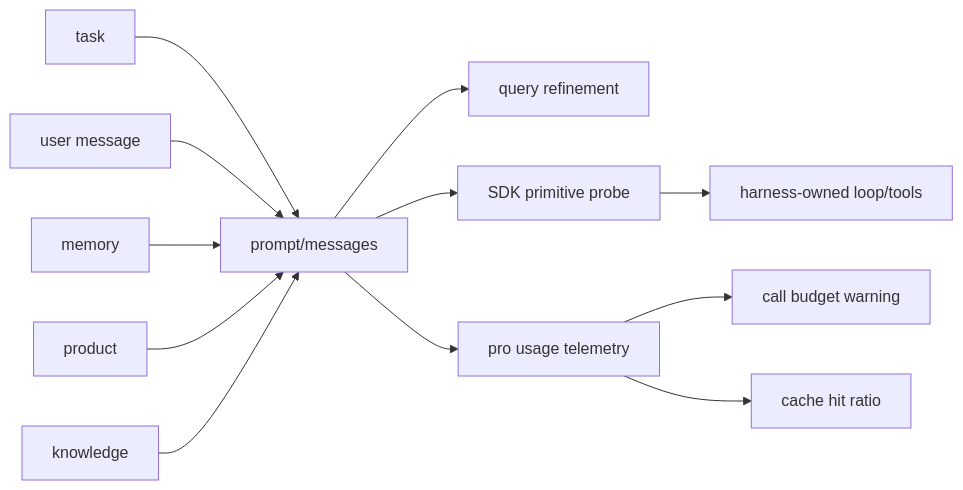
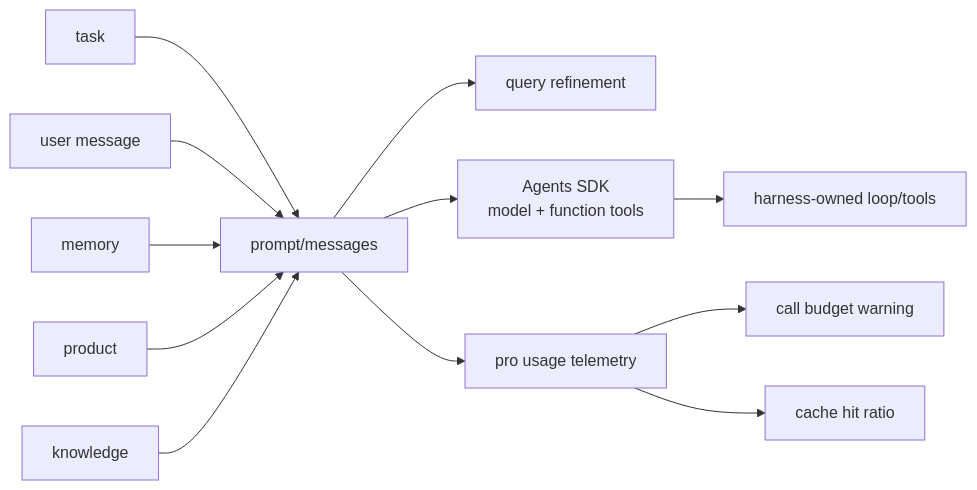
One commit to ImWenyaoT/chatty changed the tenth of 24 diagrams in docs/design.md. Above: the diagram before and after it, drawn with Mermaid. The commit also changed other lines of this file and 14 other files, not shown here.

Commit message:
feat(llm): adopt agents sdk for deepseek harness

````diff
--- a/docs/design.md
+++ b/docs/design.md
@@ -229,14 +229,14 @@
 ```mermaid
 flowchart LR
   Task["task"] --> Prompt["prompt/messages"]
   User["user message"] --> Prompt
   Memory["memory"] --> Prompt
   Product["product"] --> Prompt
   Knowledge["knowledge"] --> Prompt
   Prompt --> Query["query refinement"]
-  Prompt --> SDK["SDK primitive probe"]
+  Prompt --> SDK["Agents SDK<br/>model + function tools"]
   Prompt --> Cost["pro usage telemetry"]
   Cost --> Budget["call budget warning"]
   Cost --> Cache["cache hit ratio"]
   SDK --> Harness["harness-owned loop/tools"]
 ```
````
